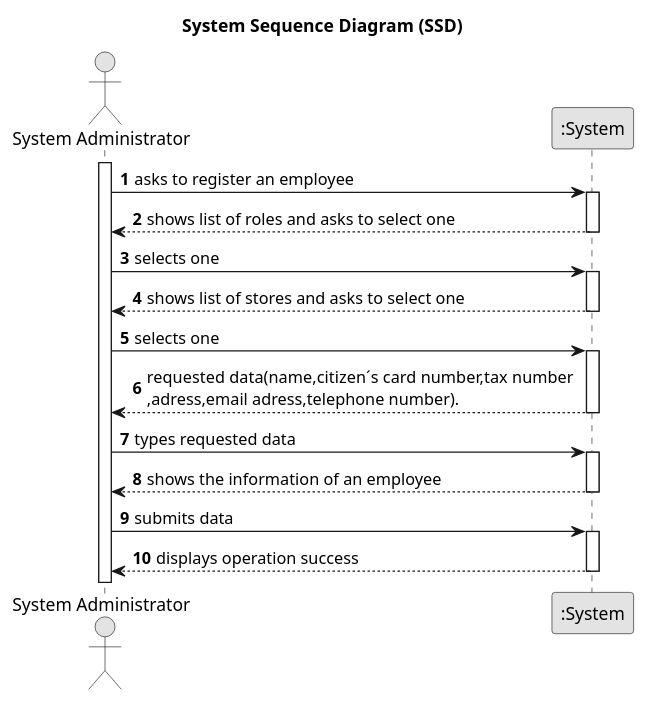
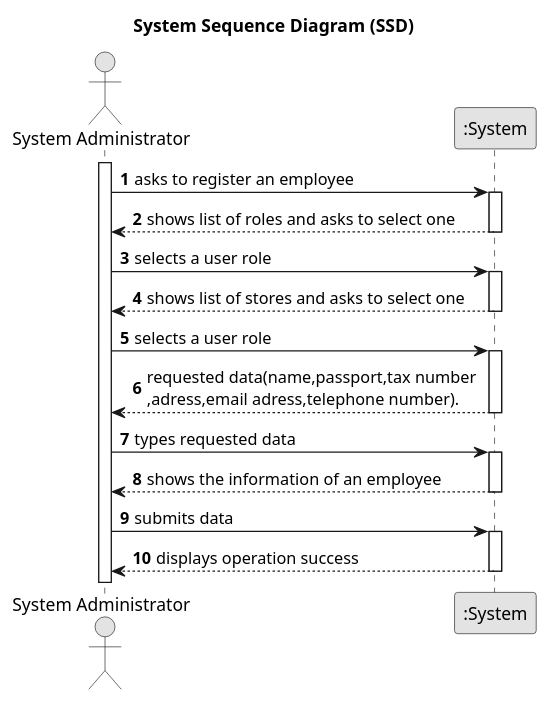
One commit to PureNimble/ISEP-LAPR2 changed the diagram in docs/sprintB/US03/01.requirements-engineering/puml/us03-system-sequence-diagram.puml. Above: the diagram before and after it, drawn with PlantUML. The commit also changed 1 other file, not shown here.

Commit message:
US03-Updating the class diagram on sprint B and improving the SSD

```diff
--- a/docs/sprintB/US03/01.requirements-engineering/puml/us03-system-sequence-diagram.puml
+++ b/docs/sprintB/US03/01.requirements-engineering/puml/us03-system-sequence-diagram.puml
@@ -1,45 +1,45 @@
 @startuml
 skinparam monochrome true
 skinparam packageStyle rectangle
 skinparam shadowing false
 
 title System Sequence Diagram (SSD)
 
 autonumber
 
 actor "System Administrator" as Admin
 participant ":System" as System
 
 activate Admin
 
     Admin -> System : asks to register an employee
     activate System
 
     System --> Admin : shows list of roles and asks to select one
     deactivate System
 
-        Admin -> System : selects one
+        Admin -> System : selects a user role
         activate System
 
          System --> Admin : shows list of stores and asks to select one
             deactivate System
 
-                Admin -> System : selects one
+                Admin -> System : selects a user role
                 activate System
 
-   System --> Admin :  requested data(name,citizen´s card number,tax number \n,adress,email adress,telephone number).
+   System --> Admin :  requested data(name,passport,tax number \n,adress,email adress,telephone number).
      deactivate System
 
     Admin -> System : types requested data
     activate System
 
      System --> Admin : shows the information of an employee
             deactivate System
 
     Admin -> System : submits data
     activate System
 
         System --> Admin : displays operation success
     deactivate System
 
 @enduml
```
